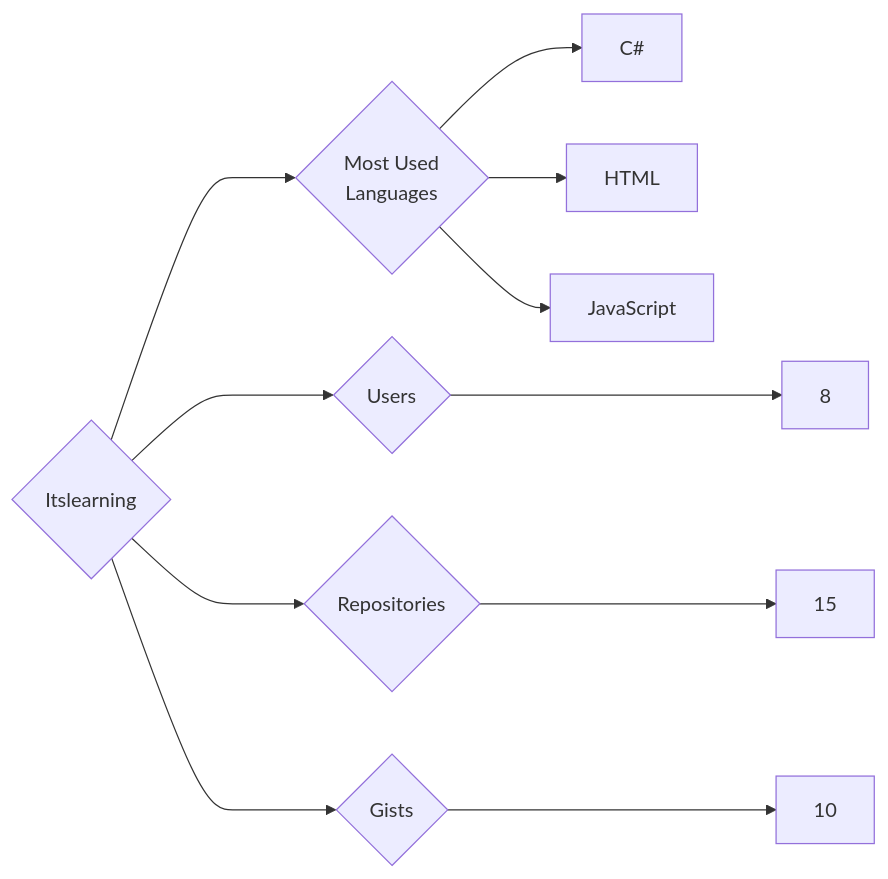
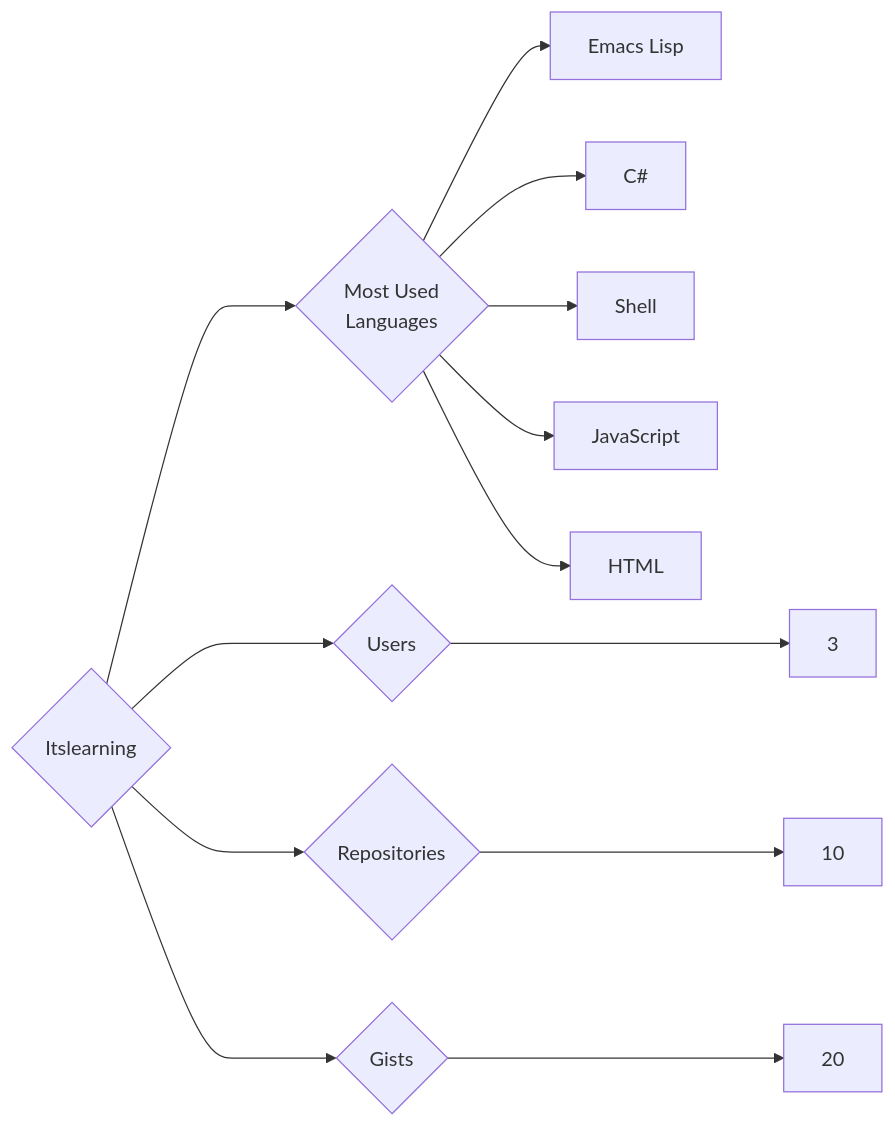
The diagram in targets/Itslearning/README.md (trickest/insiders), drawn with Mermaid before and after one commit. The commit also changed 895 other files, not shown here.

````diff
--- a/targets/Itslearning/README.md
+++ b/targets/Itslearning/README.md
@@ -3,11 +3,13 @@
 ```mermaid
 graph LR
 COMPANY_NAME{Itslearning}
-COMPANY_NAME ---> U{Users} ---> UN[8]
-COMPANY_NAME ---> R{Repositories} ---> RN[15]
-COMPANY_NAME ---> G{Gists} ---> GN[10]
+COMPANY_NAME ---> U{Users} ---> UN[3]
+COMPANY_NAME ---> R{Repositories} ---> RN[10]
+COMPANY_NAME ---> G{Gists} ---> GN[20]
 COMPANY_NAME ---> ML{Most Used<br>Languages}
+ML --> Emacs_Lisp[Emacs Lisp]
 ML --> C#[C#]
+ML --> Shell[Shell]
+ML --> JavaScript[JavaScript]
 ML --> HTML[HTML]
-ML --> JavaScript[JavaScript]
 ```
````
